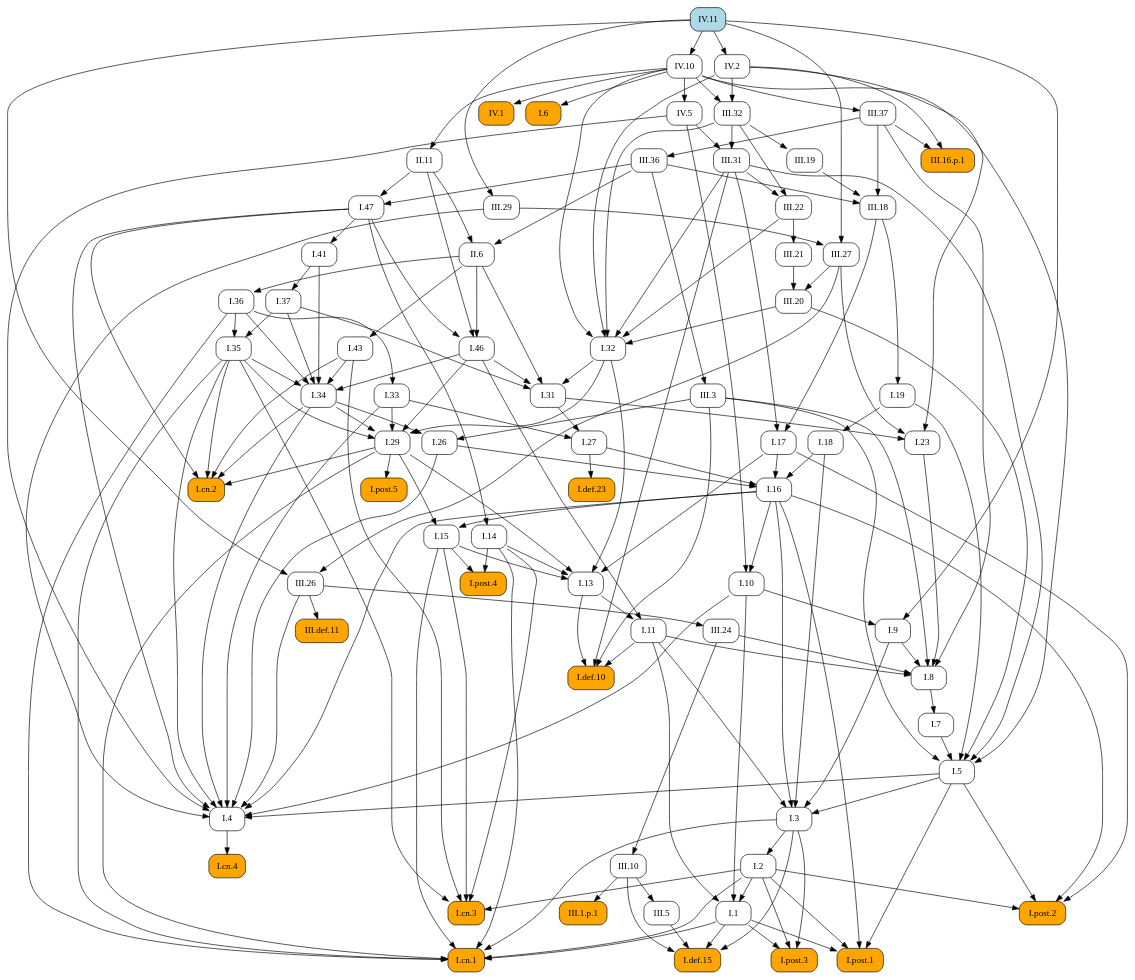
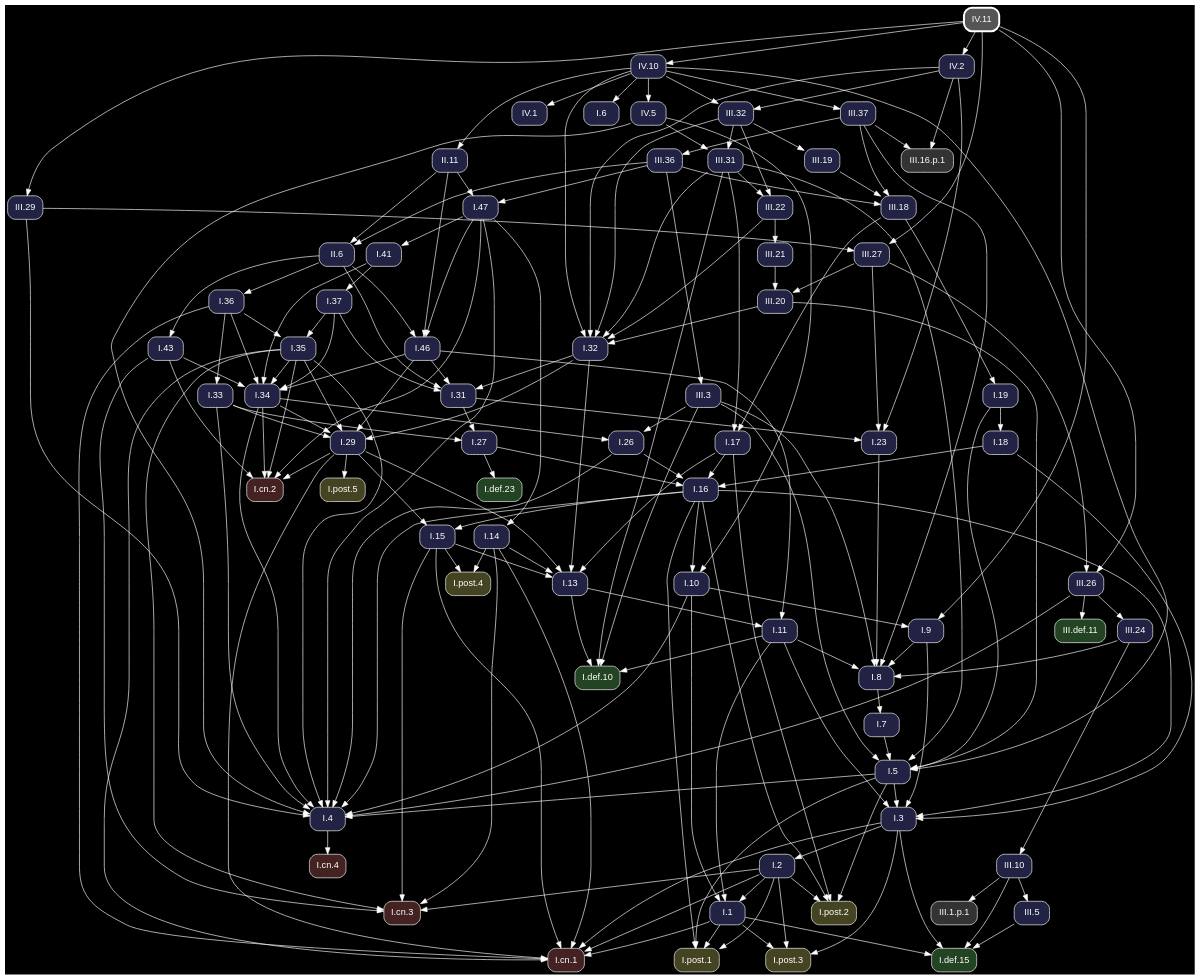
One commit to geometor/elements changed the diagram in docsrc/heath/IV/11/index.rst. Above: the diagram before and after it, drawn with Graphviz. The commit also changed other lines of this file and 1200 other files, not shown here.

Commit message:
update dependency graphs

```diff
--- a/docsrc/heath/IV/11/index.rst
+++ b/docsrc/heath/IV/11/index.rst
@@ -77,137 +77,196 @@
 .. graphviz::
 
    digraph {
+     bgcolor="black";
+     node [shape=box, style="rounded,filled", fontname="Helvetica", color="white", fontcolor="white"];
+     edge [color="white", fontcolor="white"];
      rankdir="TB";
-     node [shape=box, style=rounded];
-     "I.23" [URL="/heath/I/23/", target="_top"];
-     "I.9" [URL="/heath/I/9/", target="_top"];
-     "III.16.p.1" [style="rounded,filled", fillcolor=orange];
-     "III.24" [URL="/heath/III/24/", target="_top"];
-     "IV.1" [style="rounded,filled", fillcolor=orange, URL="/heath/IV/1/", target="_top"];
-     "I.def.15" [style="rounded,filled", fillcolor=orange, URL="/heath/I/def.15/", target="_top"];
-     "I.post.1" [style="rounded,filled", fillcolor=orange, URL="/heath/I/post.1/", target="_top"];
-     "I.19" [URL="/heath/I/19/", target="_top"];
-     "III.20" [URL="/heath/III/20/", target="_top"];
-     "I.43" [URL="/heath/I/43/", target="_top"];
-     "III.19" [URL="/heath/III/19/", target="_top"];
-     "I.31" [URL="/heath/I/31/", target="_top"];
-     "III.22" [URL="/heath/III/22/", target="_top"];
-     "I.def.10" [style="rounded,filled", fillcolor=orange, URL="/heath/I/def.10/", target="_top"];
-     "I.14" [URL="/heath/I/14/", target="_top"];
-     "I.34" [URL="/heath/I/34/", target="_top"];
-     "I.3" [URL="/heath/I/3/", target="_top"];
-     "III.18" [URL="/heath/III/18/", target="_top"];
-     "III.37" [URL="/heath/III/37/", target="_top"];
-     "III.32" [URL="/heath/III/32/", target="_top"];
-     "I.2" [URL="/heath/I/2/", target="_top"];
-     "I.13" [URL="/heath/I/13/", target="_top"];
-     "I.post.4" [style="rounded,filled", fillcolor=orange, URL="/heath/I/post.4/", target="_top"];
-     "I.4" [URL="/heath/I/4/", target="_top"];
-     "III.29" [URL="/heath/III/29/", target="_top"];
-     "I.1" [URL="/heath/I/1/", target="_top"];
-     "I.8" [URL="/heath/I/8/", target="_top"];
-     "I.17" [URL="/heath/I/17/", target="_top"];
-     "III.3" [URL="/heath/III/3/", target="_top"];
-     "I.29" [URL="/heath/I/29/", target="_top"];
-     "I.15" [URL="/heath/I/15/", target="_top"];
-     "IV.11" [style="rounded,filled", fillcolor=lightblue, URL="/heath/IV/11/", target="_top"];
-     "I.10" [URL="/heath/I/10/", target="_top"];
-     "II.11" [URL="/heath/II/11/", target="_top"];
-     "I.11" [URL="/heath/I/11/", target="_top"];
-     "I.def.23" [style="rounded,filled", fillcolor=orange, URL="/heath/I/def.23/", target="_top"];
-     "I.46" [URL="/heath/I/46/", target="_top"];
-     "I.26" [URL="/heath/I/26/", target="_top"];
-     "I.33" [URL="/heath/I/33/", target="_top"];
-     "I.32" [URL="/heath/I/32/", target="_top"];
-     "I.47" [URL="/heath/I/47/", target="_top"];
-     "II.6" [URL="/heath/II/6/", target="_top"];
-     "III.def.11" [style="rounded,filled", fillcolor=orange, URL="/heath/III/def.11/", target="_top"];
-     "I.post.3" [style="rounded,filled", fillcolor=orange, URL="/heath/I/post.3/", target="_top"];
-     "III.10" [URL="/heath/III/10/", target="_top"];
-     "I.18" [URL="/heath/I/18/", target="_top"];
-     "I.27" [URL="/heath/I/27/", target="_top"];
-     "III.5" [URL="/heath/III/5/", target="_top"];
-     "I.35" [URL="/heath/I/35/", target="_top"];
-     "I.cn.1" [style="rounded,filled", fillcolor=orange, URL="/heath/I/cn.1/", target="_top"];
-     "I.7" [URL="/heath/I/7/", target="_top"];
-     "III.26" [URL="/heath/III/26/", target="_top"];
-     "III.27" [URL="/heath/III/27/", target="_top"];
-     "III.36" [URL="/heath/III/36/", target="_top"];
-     "I.36" [URL="/heath/I/36/", target="_top"];
-     "IV.10" [URL="/heath/IV/10/", target="_top"];
-     "I.5" [URL="/heath/I/5/", target="_top"];
-     "I.37" [URL="/heath/I/37/", target="_top"];
-     "I.cn.3" [style="rounded,filled", fillcolor=orange, URL="/heath/I/cn.3/", target="_top"];
-     "I.16" [URL="/heath/I/16/", target="_top"];
-     "III.31" [URL="/heath/III/31/", target="_top"];
-     "III.1.p.1" [style="rounded,filled", fillcolor=orange];
-     "I.cn.2" [style="rounded,filled", fillcolor=orange, URL="/heath/I/cn.2/", target="_top"];
-     "IV.2" [URL="/heath/IV/2/", target="_top"];
-     "I.post.5" [style="rounded,filled", fillcolor=orange, URL="/heath/I/post.5/", target="_top"];
-     "I.cn.4" [style="rounded,filled", fillcolor=orange, URL="/heath/I/cn.4/", target="_top"];
-     "IV.5" [URL="/heath/IV/5/", target="_top"];
-     "I.post.2" [style="rounded,filled", fillcolor=orange, URL="/heath/I/post.2/", target="_top"];
-     "I.41" [URL="/heath/I/41/", target="_top"];
-     "III.21" [URL="/heath/III/21/", target="_top"];
-     "I.6" [style="rounded,filled", fillcolor=orange, URL="/heath/I/6/", target="_top"];
-     "I.31" -> "I.23";
-     "III.27" -> "I.23";
-     "IV.2" -> "I.23";
-     "I.10" -> "I.9";
-     "IV.11" -> "I.9";
-     "III.37" -> "III.16.p.1";
-     "IV.2" -> "III.16.p.1";
-     "III.26" -> "III.24";
-     "IV.10" -> "IV.1";
-     "I.1" -> "I.def.15";
-     "I.3" -> "I.def.15";
-     "III.5" -> "I.def.15";
-     "III.10" -> "I.def.15";
-     "I.1" -> "I.post.1";
-     "I.2" -> "I.post.1";
-     "I.5" -> "I.post.1";
-     "I.16" -> "I.post.1";
-     "III.18" -> "I.19";
+     "I.32" [fillcolor="#222244", URL="/heath/I/32/", target="_top"];
+     "I.cn.1" [fillcolor="#442222", URL="/heath/I/cn.1/", target="_top"];
+     "III.32" [fillcolor="#222244", URL="/heath/III/32/", target="_top"];
+     "IV.10" [fillcolor="#222244", URL="/heath/IV/10/", target="_top"];
+     "III.18" [fillcolor="#222244", URL="/heath/III/18/", target="_top"];
+     "I.27" [fillcolor="#222244", URL="/heath/I/27/", target="_top"];
+     "I.2" [fillcolor="#222244", URL="/heath/I/2/", target="_top"];
+     "I.41" [fillcolor="#222244", URL="/heath/I/41/", target="_top"];
+     "I.43" [fillcolor="#222244", URL="/heath/I/43/", target="_top"];
+     "I.post.4" [fillcolor="#444422", URL="/heath/I/post.4/", target="_top"];
+     "I.26" [fillcolor="#222244", URL="/heath/I/26/", target="_top"];
+     "I.8" [fillcolor="#222244", URL="/heath/I/8/", target="_top"];
+     "III.27" [fillcolor="#222244", URL="/heath/III/27/", target="_top"];
+     "III.1.p.1" [fillcolor="#333333"];
+     "I.7" [fillcolor="#222244", URL="/heath/I/7/", target="_top"];
+     "I.5" [fillcolor="#222244", URL="/heath/I/5/", target="_top"];
+     "III.26" [fillcolor="#222244", URL="/heath/III/26/", target="_top"];
+     "I.11" [fillcolor="#222244", URL="/heath/I/11/", target="_top"];
+     "I.37" [fillcolor="#222244", URL="/heath/I/37/", target="_top"];
+     "I.cn.3" [fillcolor="#442222", URL="/heath/I/cn.3/", target="_top"];
+     "III.21" [fillcolor="#222244", URL="/heath/III/21/", target="_top"];
+     "I.36" [fillcolor="#222244", URL="/heath/I/36/", target="_top"];
+     "I.post.2" [fillcolor="#444422", URL="/heath/I/post.2/", target="_top"];
+     "I.def.23" [fillcolor="#224422", URL="/heath/I/def.23/", target="_top"];
+     "I.35" [fillcolor="#222244", URL="/heath/I/35/", target="_top"];
+     "III.31" [fillcolor="#222244", URL="/heath/III/31/", target="_top"];
+     "I.post.3" [fillcolor="#444422", URL="/heath/I/post.3/", target="_top"];
+     "I.33" [fillcolor="#222244", URL="/heath/I/33/", target="_top"];
+     "III.20" [fillcolor="#222244", URL="/heath/III/20/", target="_top"];
+     "I.17" [fillcolor="#222244", URL="/heath/I/17/", target="_top"];
+     "III.def.11" [fillcolor="#224422", URL="/heath/III/def.11/", target="_top"];
+     "I.6" [fillcolor="#222244", URL="/heath/I/6/", target="_top"];
+     "I.31" [fillcolor="#222244", URL="/heath/I/31/", target="_top"];
+     "III.37" [fillcolor="#222244", URL="/heath/III/37/", target="_top"];
+     "I.3" [fillcolor="#222244", URL="/heath/I/3/", target="_top"];
+     "I.19" [fillcolor="#222244", URL="/heath/I/19/", target="_top"];
+     "I.def.10" [fillcolor="#224422", URL="/heath/I/def.10/", target="_top"];
+     "I.15" [fillcolor="#222244", URL="/heath/I/15/", target="_top"];
+     "I.13" [fillcolor="#222244", URL="/heath/I/13/", target="_top"];
+     "I.cn.2" [fillcolor="#442222", URL="/heath/I/cn.2/", target="_top"];
+     "I.9" [fillcolor="#222244", URL="/heath/I/9/", target="_top"];
+     "I.1" [fillcolor="#222244", URL="/heath/I/1/", target="_top"];
+     "II.6" [fillcolor="#222244", URL="/heath/II/6/", target="_top"];
+     "I.post.5" [fillcolor="#444422", URL="/heath/I/post.5/", target="_top"];
+     "I.23" [fillcolor="#222244", URL="/heath/I/23/", target="_top"];
+     "III.24" [fillcolor="#222244", URL="/heath/III/24/", target="_top"];
+     "I.4" [fillcolor="#222244", URL="/heath/I/4/", target="_top"];
+     "IV.11" [penwidth=3, color="white", fillcolor="#555555", URL="/heath/IV/11/", target="_top"];
+     "II.11" [fillcolor="#222244", URL="/heath/II/11/", target="_top"];
+     "I.10" [fillcolor="#222244", URL="/heath/I/10/", target="_top"];
+     "III.29" [fillcolor="#222244", URL="/heath/III/29/", target="_top"];
+     "IV.5" [fillcolor="#222244", URL="/heath/IV/5/", target="_top"];
+     "III.22" [fillcolor="#222244", URL="/heath/III/22/", target="_top"];
+     "III.10" [fillcolor="#222244", URL="/heath/III/10/", target="_top"];
+     "I.46" [fillcolor="#222244", URL="/heath/I/46/", target="_top"];
+     "III.36" [fillcolor="#222244", URL="/heath/III/36/", target="_top"];
+     "IV.1" [fillcolor="#222244", URL="/heath/IV/1/", target="_top"];
+     "I.post.1" [fillcolor="#444422", URL="/heath/I/post.1/", target="_top"];
+     "I.16" [fillcolor="#222244", URL="/heath/I/16/", target="_top"];
+     "I.29" [fillcolor="#222244", URL="/heath/I/29/", target="_top"];
+     "I.cn.4" [fillcolor="#442222", URL="/heath/I/cn.4/", target="_top"];
+     "I.47" [fillcolor="#222244", URL="/heath/I/47/", target="_top"];
+     "IV.2" [fillcolor="#222244", URL="/heath/IV/2/", target="_top"];
+     "I.14" [fillcolor="#222244", URL="/heath/I/14/", target="_top"];
+     "III.3" [fillcolor="#222244", URL="/heath/III/3/", target="_top"];
+     "III.19" [fillcolor="#222244", URL="/heath/III/19/", target="_top"];
+     "I.18" [fillcolor="#222244", URL="/heath/I/18/", target="_top"];
+     "I.34" [fillcolor="#222244", URL="/heath/I/34/", target="_top"];
+     "III.5" [fillcolor="#222244", URL="/heath/III/5/", target="_top"];
+     "I.def.15" [fillcolor="#224422", URL="/heath/I/def.15/", target="_top"];
+     "III.16.p.1" [fillcolor="#333333"];
+     "III.20" -> "I.32";
+     "III.22" -> "I.32";
+     "III.31" -> "I.32";
+     "III.32" -> "I.32";
+     "IV.2" -> "I.32";
+     "IV.10" -> "I.32";
+     "I.1" -> "I.cn.1";
+     "I.2" -> "I.cn.1";
+     "I.3" -> "I.cn.1";
+     "I.14" -> "I.cn.1";
+     "I.15" -> "I.cn.1";
+     "I.29" -> "I.cn.1";
+     "I.35" -> "I.cn.1";
+     "I.36" -> "I.cn.1";
+     "IV.2" -> "III.32";
+     "IV.10" -> "III.32";
+     "IV.11" -> "IV.10";
+     "III.19" -> "III.18";
+     "III.36" -> "III.18";
+     "III.37" -> "III.18";
+     "I.31" -> "I.27";
+     "I.33" -> "I.27";
+     "I.3" -> "I.2";
+     "I.47" -> "I.41";
+     "II.6" -> "I.43";
+     "I.14" -> "I.post.4";
+     "I.15" -> "I.post.4";
+     "I.34" -> "I.26";
+     "III.3" -> "I.26";
+     "I.9" -> "I.8";
+     "I.11" -> "I.8";
+     "I.23" -> "I.8";
+     "III.3" -> "I.8";
+     "III.24" -> "I.8";
+     "III.37" -> "I.8";
+     "III.29" -> "III.27";
+     "IV.11" -> "III.27";
+     "III.10" -> "III.1.p.1";
+     "I.8" -> "I.7";
+     "I.7" -> "I.5";
+     "I.19" -> "I.5";
+     "III.3" -> "I.5";
+     "III.20" -> "I.5";
+     "III.31" -> "I.5";
+     "IV.10" -> "I.5";
+     "III.27" -> "III.26";
+     "IV.11" -> "III.26";
+     "I.13" -> "I.11";
+     "I.46" -> "I.11";
+     "I.41" -> "I.37";
+     "I.2" -> "I.cn.3";
+     "I.14" -> "I.cn.3";
+     "I.15" -> "I.cn.3";
+     "I.35" -> "I.cn.3";
+     "I.43" -> "I.cn.3";
+     "III.22" -> "III.21";
+     "II.6" -> "I.36";
+     "I.2" -> "I.post.2";
+     "I.5" -> "I.post.2";
+     "I.16" -> "I.post.2";
+     "I.17" -> "I.post.2";
+     "I.27" -> "I.def.23";
+     "I.36" -> "I.35";
+     "I.37" -> "I.35";
+     "III.32" -> "III.31";
+     "IV.5" -> "III.31";
+     "I.1" -> "I.post.3";
+     "I.2" -> "I.post.3";
+     "I.3" -> "I.post.3";
+     "I.36" -> "I.33";
      "III.21" -> "III.20";
      "III.27" -> "III.20";
-     "II.6" -> "I.43";
-     "III.32" -> "III.19";
+     "III.18" -> "I.17";
+     "III.31" -> "I.17";
+     "III.26" -> "III.def.11";
+     "IV.10" -> "I.6";
      "I.32" -> "I.31";
      "I.37" -> "I.31";
      "I.46" -> "I.31";
      "II.6" -> "I.31";
-     "III.31" -> "III.22";
-     "III.32" -> "III.22";
-     "I.11" -> "I.def.10";
-     "I.13" -> "I.def.10";
-     "III.3" -> "I.def.10";
-     "III.31" -> "I.def.10";
-     "I.47" -> "I.14";
-     "I.35" -> "I.34";
-     "I.36" -> "I.34";
-     "I.37" -> "I.34";
-     "I.41" -> "I.34";
-     "I.43" -> "I.34";
-     "I.46" -> "I.34";
+     "IV.10" -> "III.37";
      "I.5" -> "I.3";
      "I.9" -> "I.3";
      "I.11" -> "I.3";
      "I.16" -> "I.3";
      "I.18" -> "I.3";
-     "III.19" -> "III.18";
-     "III.36" -> "III.18";
-     "III.37" -> "III.18";
-     "IV.10" -> "III.37";
-     "IV.2" -> "III.32";
-     "IV.10" -> "III.32";
-     "I.3" -> "I.2";
+     "III.18" -> "I.19";
+     "I.11" -> "I.def.10";
+     "I.13" -> "I.def.10";
+     "III.3" -> "I.def.10";
+     "III.31" -> "I.def.10";
+     "I.16" -> "I.15";
+     "I.29" -> "I.15";
      "I.14" -> "I.13";
      "I.15" -> "I.13";
      "I.17" -> "I.13";
      "I.29" -> "I.13";
      "I.32" -> "I.13";
-     "I.14" -> "I.post.4";
-     "I.15" -> "I.post.4";
+     "I.29" -> "I.cn.2";
+     "I.34" -> "I.cn.2";
+     "I.35" -> "I.cn.2";
+     "I.43" -> "I.cn.2";
+     "I.47" -> "I.cn.2";
+     "I.10" -> "I.9";
+     "IV.11" -> "I.9";
+     "I.2" -> "I.1";
+     "I.10" -> "I.1";
+     "I.11" -> "I.1";
+     "II.11" -> "II.6";
+     "III.36" -> "II.6";
+     "I.29" -> "I.post.5";
+     "I.31" -> "I.23";
+     "III.27" -> "I.23";
+     "IV.2" -> "I.23";
+     "III.26" -> "III.24";
      "I.5" -> "I.4";
      "I.10" -> "I.4";
      "I.16" -> "I.4";
@@ -219,108 +278,51 @@
      "III.26" -> "I.4";
      "III.29" -> "I.4";
      "IV.5" -> "I.4";
+     "IV.10" -> "II.11";
+     "I.16" -> "I.10";
+     "IV.5" -> "I.10";
      "IV.11" -> "III.29";
-     "I.2" -> "I.1";
-     "I.10" -> "I.1";
-     "I.11" -> "I.1";
-     "I.9" -> "I.8";
-     "I.11" -> "I.8";
-     "I.23" -> "I.8";
-     "III.3" -> "I.8";
-     "III.24" -> "I.8";
-     "III.37" -> "I.8";
-     "III.18" -> "I.17";
-     "III.31" -> "I.17";
-     "III.36" -> "III.3";
+     "IV.10" -> "IV.5";
+     "III.31" -> "III.22";
+     "III.32" -> "III.22";
+     "III.24" -> "III.10";
+     "I.47" -> "I.46";
+     "II.6" -> "I.46";
+     "II.11" -> "I.46";
+     "III.37" -> "III.36";
+     "IV.10" -> "IV.1";
+     "I.1" -> "I.post.1";
+     "I.2" -> "I.post.1";
+     "I.5" -> "I.post.1";
+     "I.16" -> "I.post.1";
+     "I.17" -> "I.16";
+     "I.18" -> "I.16";
+     "I.26" -> "I.16";
+     "I.27" -> "I.16";
      "I.32" -> "I.29";
      "I.33" -> "I.29";
      "I.34" -> "I.29";
      "I.35" -> "I.29";
      "I.46" -> "I.29";
-     "I.16" -> "I.15";
-     "I.29" -> "I.15";
-     "I.16" -> "I.10";
-     "IV.5" -> "I.10";
-     "IV.10" -> "II.11";
-     "I.13" -> "I.11";
-     "I.46" -> "I.11";
-     "I.27" -> "I.def.23";
-     "I.47" -> "I.46";
-     "II.6" -> "I.46";
-     "II.11" -> "I.46";
-     "I.34" -> "I.26";
-     "III.3" -> "I.26";
-     "I.36" -> "I.33";
-     "III.20" -> "I.32";
-     "III.22" -> "I.32";
-     "III.31" -> "I.32";
-     "III.32" -> "I.32";
-     "IV.2" -> "I.32";
-     "IV.10" -> "I.32";
+     "I.4" -> "I.cn.4";
      "II.11" -> "I.47";
      "III.36" -> "I.47";
-     "II.11" -> "II.6";
-     "III.36" -> "II.6";
-     "III.26" -> "III.def.11";
-     "I.1" -> "I.post.3";
-     "I.2" -> "I.post.3";
-     "I.3" -> "I.post.3";
-     "III.24" -> "III.10";
+     "IV.11" -> "IV.2";
+     "I.47" -> "I.14";
+     "III.36" -> "III.3";
+     "III.32" -> "III.19";
      "I.19" -> "I.18";
-     "I.31" -> "I.27";
-     "I.33" -> "I.27";
+     "I.35" -> "I.34";
+     "I.36" -> "I.34";
+     "I.37" -> "I.34";
+     "I.41" -> "I.34";
+     "I.43" -> "I.34";
+     "I.46" -> "I.34";
      "III.10" -> "III.5";
-     "I.36" -> "I.35";
-     "I.37" -> "I.35";
-     "I.1" -> "I.cn.1";
-     "I.2" -> "I.cn.1";
-     "I.3" -> "I.cn.1";
-     "I.14" -> "I.cn.1";
-     "I.15" -> "I.cn.1";
-     "I.29" -> "I.cn.1";
-     "I.35" -> "I.cn.1";
-     "I.36" -> "I.cn.1";
-     "I.8" -> "I.7";
-     "III.27" -> "III.26";
-     "IV.11" -> "III.26";
-     "III.29" -> "III.27";
-     "IV.11" -> "III.27";
-     "III.37" -> "III.36";
-     "II.6" -> "I.36";
-     "IV.11" -> "IV.10";
-     "I.7" -> "I.5";
-     "I.19" -> "I.5";
-     "III.3" -> "I.5";
-     "III.20" -> "I.5";
-     "III.31" -> "I.5";
-     "IV.10" -> "I.5";
-     "I.41" -> "I.37";
-     "I.2" -> "I.cn.3";
-     "I.14" -> "I.cn.3";
-     "I.15" -> "I.cn.3";
-     "I.35" -> "I.cn.3";
-     "I.43" -> "I.cn.3";
-     "I.17" -> "I.16";
-     "I.18" -> "I.16";
-     "I.26" -> "I.16";
-     "I.27" -> "I.16";
-     "III.32" -> "III.31";
-     "IV.5" -> "III.31";
-     "III.10" -> "III.1.p.1";
-     "I.29" -> "I.cn.2";
-     "I.34" -> "I.cn.2";
-     "I.35" -> "I.cn.2";
-     "I.43" -> "I.cn.2";
-     "I.47" -> "I.cn.2";
-     "IV.11" -> "IV.2";
-     "I.29" -> "I.post.5";
-     "I.4" -> "I.cn.4";
-     "IV.10" -> "IV.5";
-     "I.2" -> "I.post.2";
-     "I.5" -> "I.post.2";
-     "I.16" -> "I.post.2";
-     "I.17" -> "I.post.2";
-     "I.47" -> "I.41";
-     "III.22" -> "III.21";
-     "IV.10" -> "I.6";
+     "I.1" -> "I.def.15";
+     "I.3" -> "I.def.15";
+     "III.5" -> "I.def.15";
+     "III.10" -> "I.def.15";
+     "III.37" -> "III.16.p.1";
+     "IV.2" -> "III.16.p.1";
    }
```
